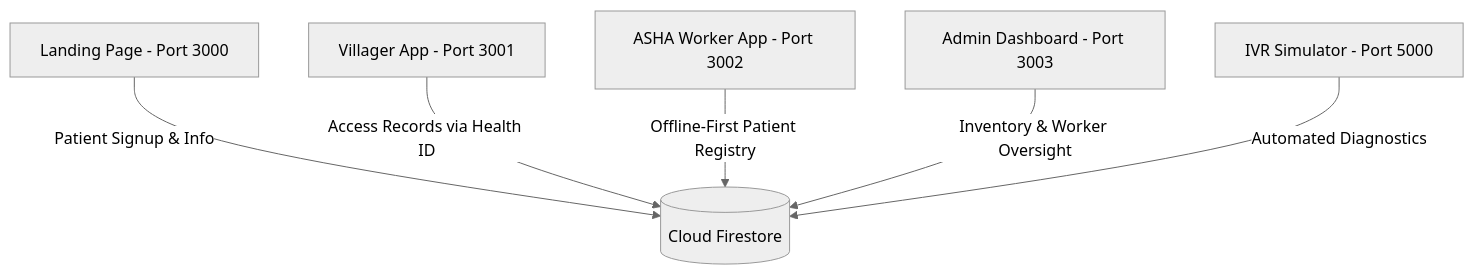
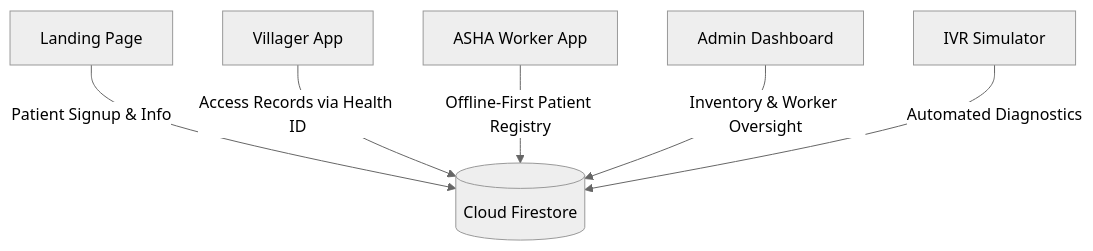
The diagram in README.md (HAFIZ-HAASHIM/GraamSehat), drawn with Mermaid (neutral theme) before and after one commit. The commit also changed other lines of this file, not shown here.

````diff
--- a/README.md
+++ b/README.md
@@ -18,8 +37,8 @@
 ```mermaid
 graph TD
-    LP[Landing Page - Port 3000] --> |Patient Signup & Info| DB[(Cloud Firestore)]
-    VP[Villager App - Port 3001] --> |Access Records via Health ID| DB
-    AW[ASHA Worker App - Port 3002] --> |Offline-First Patient Registry| DB
-    AD[Admin Dashboard - Port 3003] --> |Inventory & Worker Oversight| DB
-    IVR[IVR Simulator - Port 5000] --> |Automated Diagnostics| DB
+    LP[Landing Page] --> |Patient Signup & Info| DB[(Cloud Firestore)]
+    VP[Villager App] --> |Access Records via Health ID| DB
+    AW[ASHA Worker App] --> |Offline-First Patient Registry| DB
+    AD[Admin Dashboard] --> |Inventory & Worker Oversight| DB
+    IVR[IVR Simulator] --> |Automated Diagnostics| DB
 ```
````
